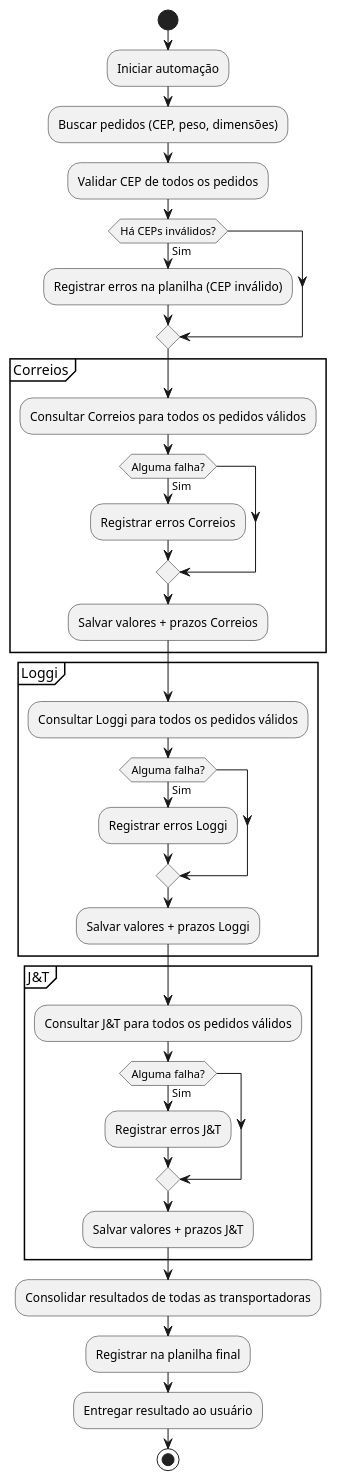
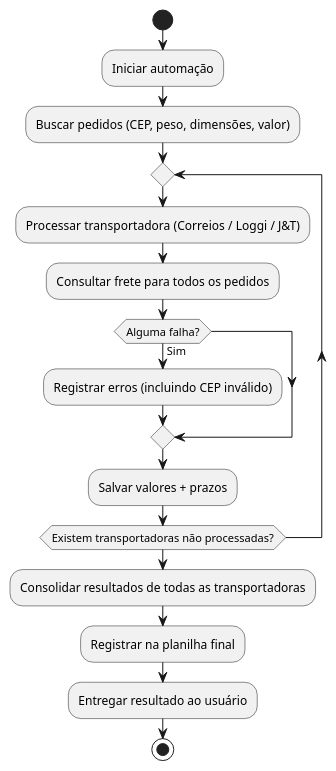
Before and after one commit to kauasales/automacao_frete_playwright: the diagram in diagramas/atividades.wsd, drawn with PlantUML. The commit also changed 1 other file, not shown here.

```diff
--- a/diagramas/atividades.wsd
+++ b/diagramas/atividades.wsd
@@ -1,41 +1,21 @@
 @startuml
 start
 
 :Iniciar automação;
-:Buscar pedidos (CEP, peso, dimensões);
+:Buscar pedidos (CEP, peso, dimensões, valor);
 
-:Validar CEP de todos os pedidos;
-if (Há CEPs inválidos?) then (Sim)
-  :Registrar erros na planilha (CEP inválido);
-endif
-
-partition "Correios" {
-    :Consultar Correios para todos os pedidos válidos;
+repeat
+    :Processar transportadora (Correios / Loggi / J&T);
+    :Consultar frete para todos os pedidos;
     if (Alguma falha?) then (Sim)
-        :Registrar erros Correios;
+        :Registrar erros (incluindo CEP inválido);
     endif
-    :Salvar valores + prazos Correios;
-}
-
-partition "Loggi" {
-    :Consultar Loggi para todos os pedidos válidos;
-    if (Alguma falha?) then (Sim)
-        :Registrar erros Loggi;
-    endif
-    :Salvar valores + prazos Loggi;
-}
-
-partition "J&T" {
-    :Consultar J&T para todos os pedidos válidos;
-    if (Alguma falha?) then (Sim)
-        :Registrar erros J&T;
-    endif
-    :Salvar valores + prazos J&T;
-}
+    :Salvar valores + prazos;
+repeat while (Existem transportadoras não processadas?)
 
 :Consolidar resultados de todas as transportadoras;
 :Registrar na planilha final;
 :Entregar resultado ao usuário;
 
 stop
 @enduml
```
